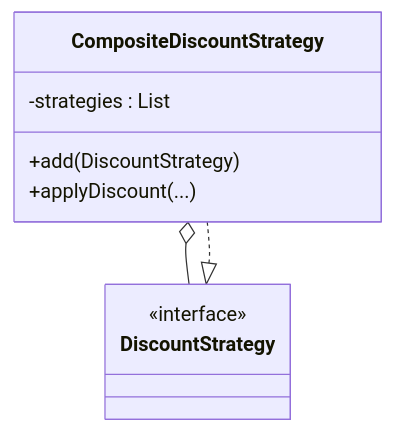
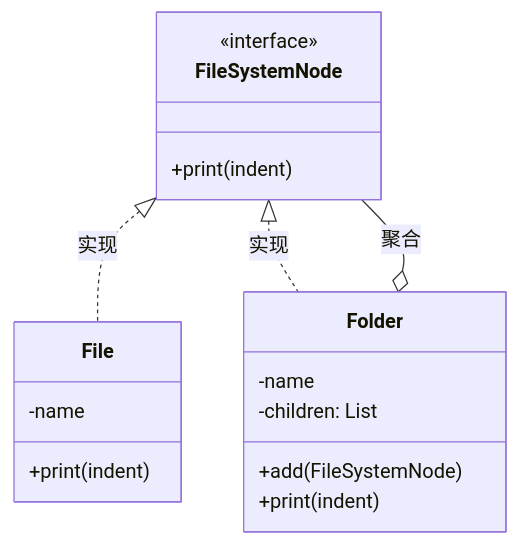
Before and after one commit to flyswxf/Obsidian: the third of 10 diagrams in 编程/UML/设计原则/GoF.md, drawn with Mermaid. The commit also changed other lines of this file and 117 other files, not shown here.

````diff
--- a/编程/UML/设计原则/GoF.md
+++ b/编程/UML/设计原则/GoF.md
@@ -79,14 +89,26 @@
 ```mermaid
 classDiagram
-    class CompositeDiscountStrategy {
-        -strategies : List<DiscountStrategy>
-        +add(DiscountStrategy)
-        +applyDiscount(...)
-    }
-    class DiscountStrategy {
+    %% 1. Component: 统一接口
+    class FileSystemNode {
         <<interface>>
+        +print(indent)
     }
 
-    DiscountStrategy <|.. CompositeDiscountStrategy
-    CompositeDiscountStrategy o-- DiscountStrategy
+    %% 2. Leaf: 叶子节点
+    class File {
+        -name
+        +print(indent)
+    }
+
+    %% 3. Composite: 容器节点
+    class Folder {
+        -name
+        -children: List<FileSystemNode>
+        +add(FileSystemNode)
+        +print(indent)
+    }
+
+    FileSystemNode <|.. File : 实现
+    FileSystemNode <|.. Folder : 实现
+    Folder o-- FileSystemNode : 聚合
 ```
````
